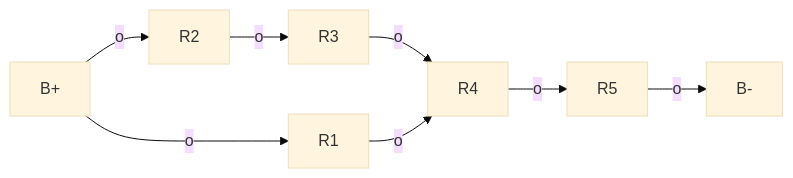
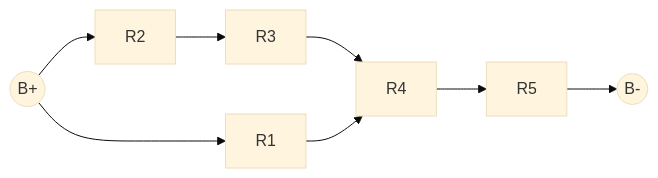
The first of 11 diagrams in sandbox/curcite.md (govert9213275/Mathematics_Physics_Lectures), drawn with Mermaid (base theme) before and after one commit. The commit also changed other lines of this file, not shown here.

Commit message:
Refactor circuit diagrams for clarity and consistency in representation

````diff
--- a/sandbox/curcite.md
+++ b/sandbox/curcite.md
@@ -1,10 +16,10 @@
 ```mermaid
 graph LR
-    B+-->|o|R1
-    B+-->|o|R2
-    R2-->|o|R3
-    R3-->|o|R4
-    R1-->|o|R4
-    R4-->|o|R5
-    R5-->|o|B-
+    B+((B+))-->R1
+    B+-->R2
+    R2-->R3
+    R3-->R4
+    R1-->R4
+    R4-->R5
+    R5-->B-((B-))
 ```
````
